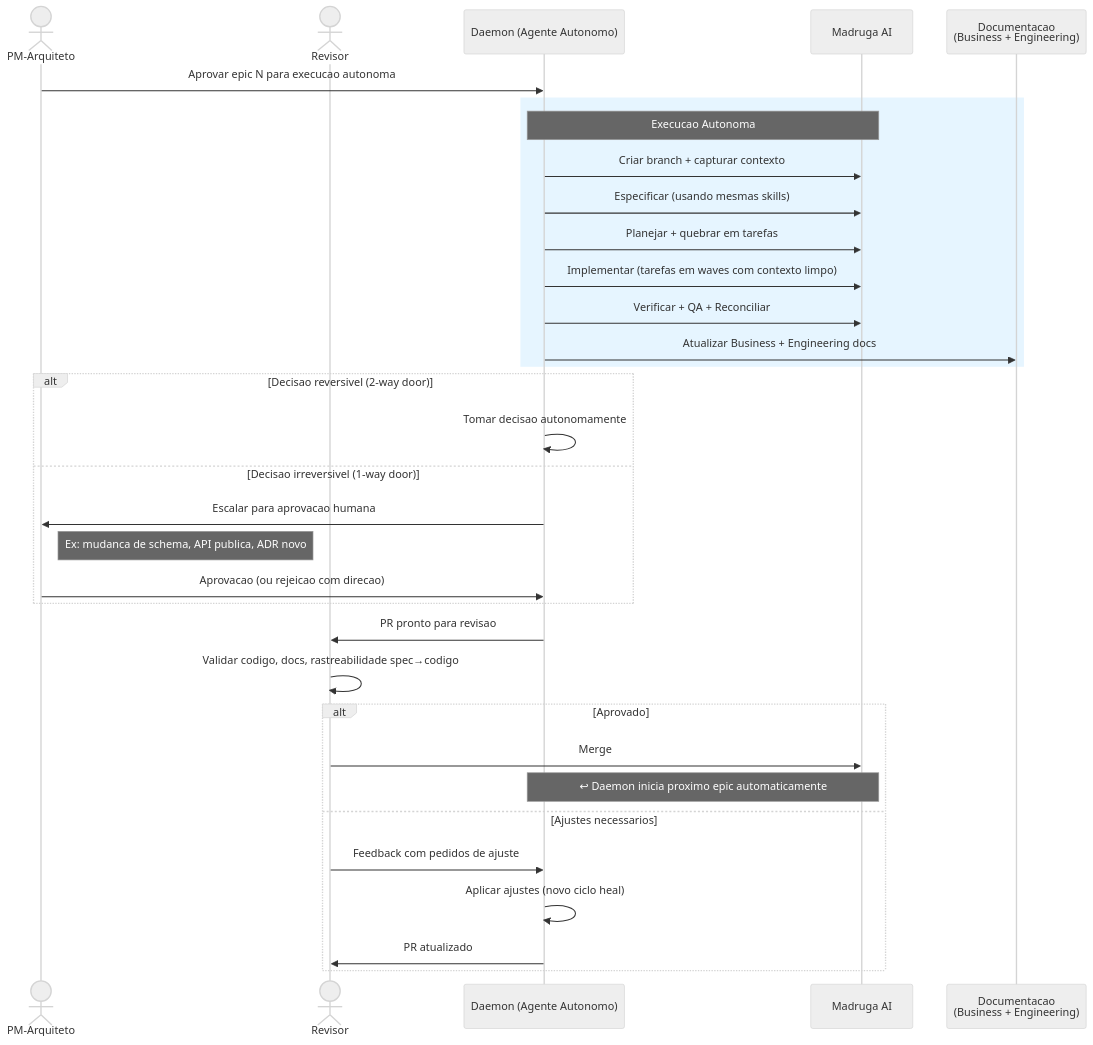
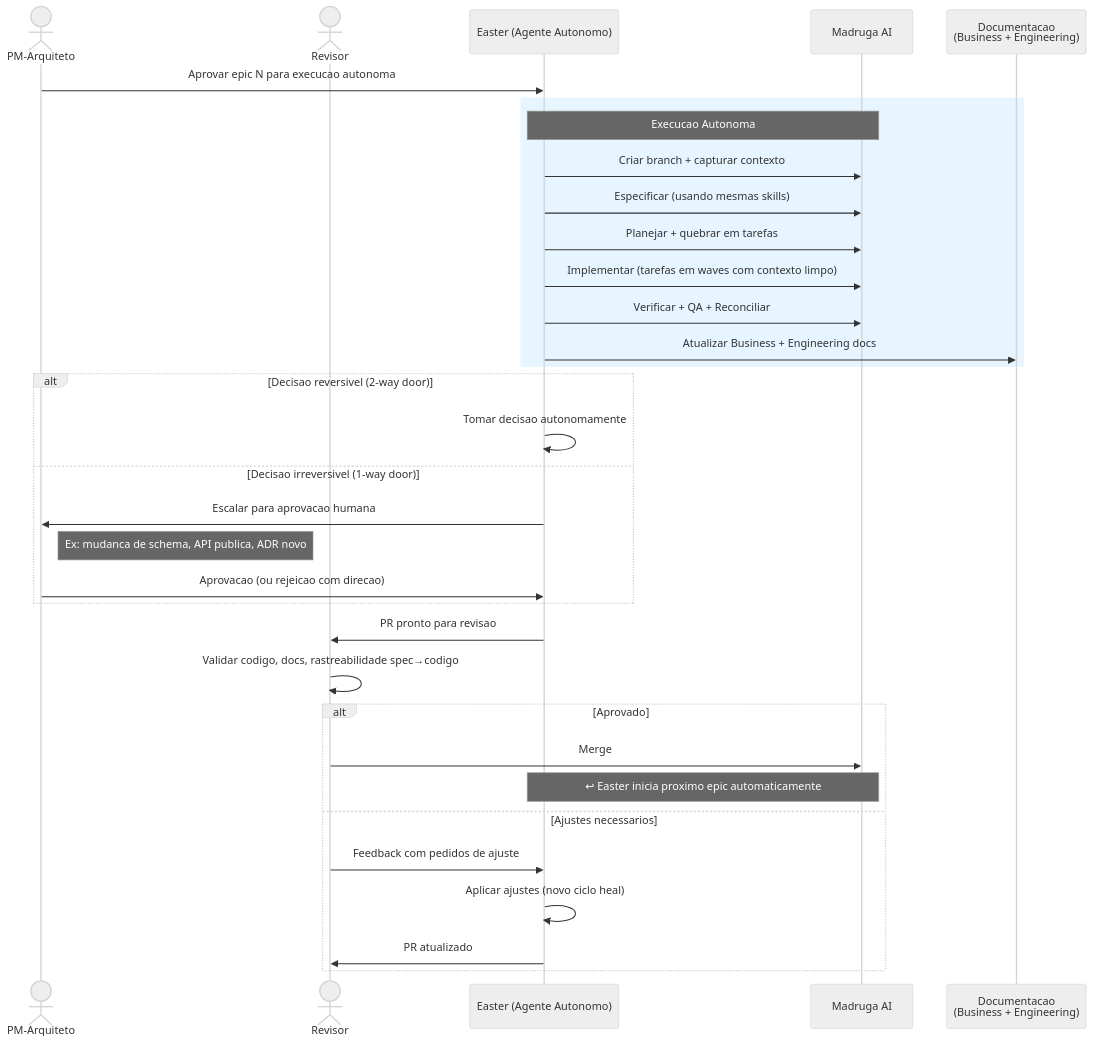
Before and after one commit to paceautomations/madruga.ai: the eighth of 9 diagrams in platforms/madruga-ai/business/process.md, drawn with Mermaid (neutral theme). The commit also changed other lines of this file and 122 other files, not shown here.

First line of the commit message:
feat: epic 021 — pipeline intelligence artifacts, daemon→easter rename, audit PNG cleanup

````diff
--- a/platforms/madruga-ai/business/process.md
+++ b/platforms/madruga-ai/business/process.md
@@ -410,39 +410,39 @@
 ```mermaid
 sequenceDiagram
     actor PM as PM-Arquiteto
     actor Rev as Revisor
-    participant Daemon as Daemon (Agente Autonomo)
+    participant Easter as Easter (Agente Autonomo)
     participant Plataforma as Madruga AI
     participant Docs as Documentacao<br/>(Business + Engineering)
 
-    PM->>Daemon: Aprovar epic N para execucao autonoma
+    PM->>Easter: Aprovar epic N para execucao autonoma
 
     rect rgb(230, 245, 255)
-    note over Daemon, Plataforma: Execucao Autonoma
-    Daemon->>Plataforma: Criar branch + capturar contexto
-    Daemon->>Plataforma: Especificar (usando mesmas skills)
-    Daemon->>Plataforma: Planejar + quebrar em tarefas
-    Daemon->>Plataforma: Implementar (tarefas em waves com contexto limpo)
-    Daemon->>Plataforma: Verificar + QA + Reconciliar
-    Daemon->>Docs: Atualizar Business + Engineering docs
+    note over Easter, Plataforma: Execucao Autonoma
+    Easter->>Plataforma: Criar branch + capturar contexto
+    Easter->>Plataforma: Especificar (usando mesmas skills)
+    Easter->>Plataforma: Planejar + quebrar em tarefas
+    Easter->>Plataforma: Implementar (tarefas em waves com contexto limpo)
+    Easter->>Plataforma: Verificar + QA + Reconciliar
+    Easter->>Docs: Atualizar Business + Engineering docs
     end
 
     alt Decisao reversivel (2-way door)
-        Daemon->>Daemon: Tomar decisao autonomamente
+        Easter->>Easter: Tomar decisao autonomamente
     else Decisao irreversivel (1-way door)
-        Daemon->>PM: Escalar para aprovacao humana
+        Easter->>PM: Escalar para aprovacao humana
         note right of PM: Ex: mudanca de schema, API publica, ADR novo
-        PM->>Daemon: Aprovacao (ou rejeicao com direcao)
+        PM->>Easter: Aprovacao (ou rejeicao com direcao)
     end
 
-    Daemon->>Rev: PR pronto para revisao
+    Easter->>Rev: PR pronto para revisao
     Rev->>Rev: Validar codigo, docs, rastreabilidade spec→codigo
     alt Aprovado
         Rev->>Plataforma: Merge
-        note over Daemon, Plataforma: ↩ Daemon inicia proximo epic automaticamente
+        note over Easter, Plataforma: ↩ Easter inicia proximo epic automaticamente
     else Ajustes necessarios
-        Rev->>Daemon: Feedback com pedidos de ajuste
-        Daemon->>Daemon: Aplicar ajustes (novo ciclo heal)
-        Daemon->>Rev: PR atualizado
+        Rev->>Easter: Feedback com pedidos de ajuste
+        Easter->>Easter: Aplicar ajustes (novo ciclo heal)
+        Easter->>Rev: PR atualizado
     end
 ```
````
